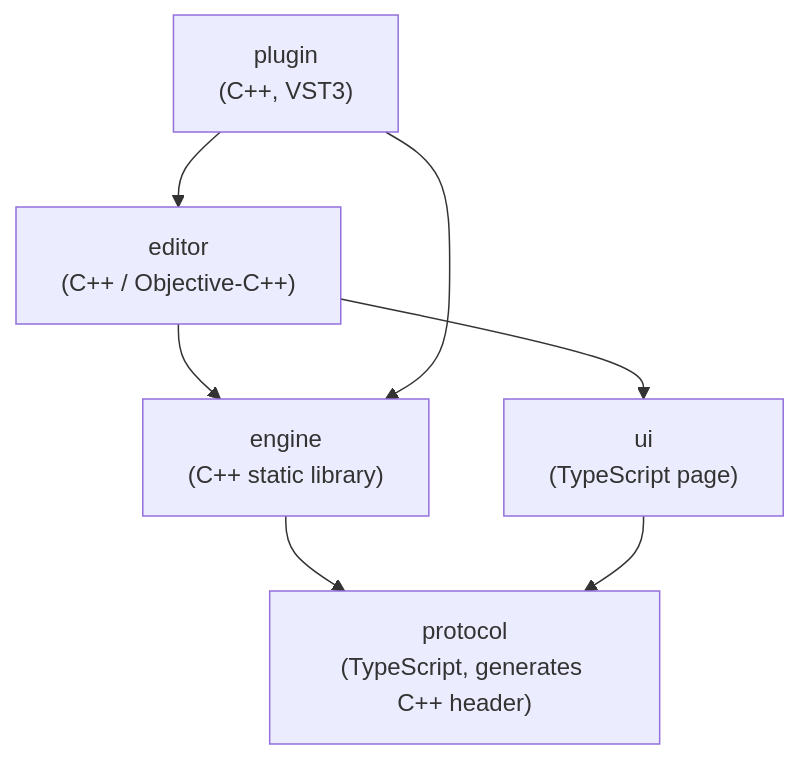
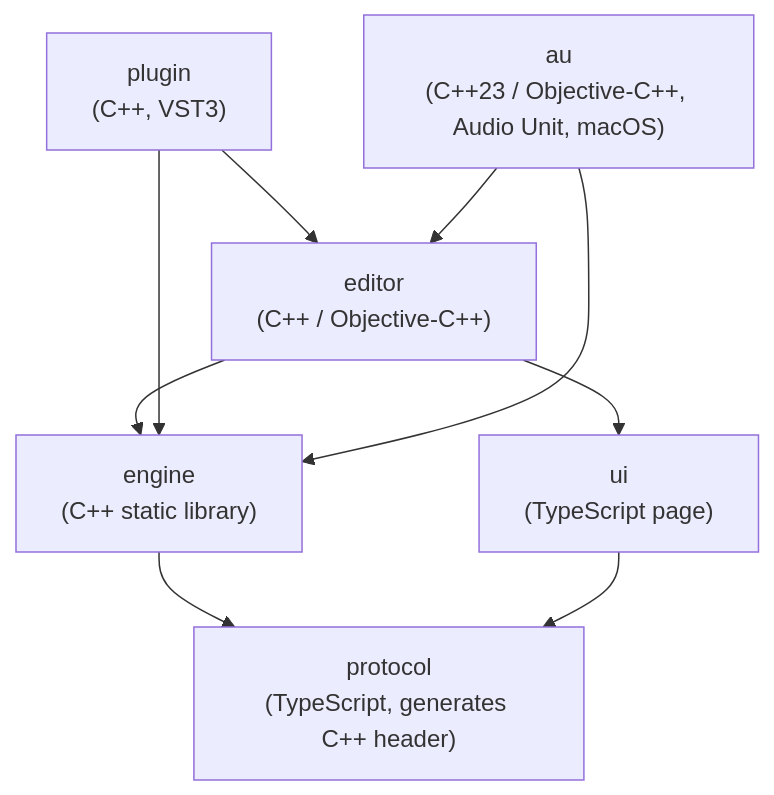
Before and after one commit to orizonaudio/Sineless: the second of 12 diagrams in docs/DESIGN.md, drawn with Mermaid. The commit also changed other lines of this file and 3 other files, not shown here.

First line of the commit message:
Document the Audio Unit

````diff
--- a/docs/DESIGN.md
+++ b/docs/DESIGN.md
@@ -350,15 +352,18 @@
 ```mermaid
 flowchart TB
   protocol["protocol<br/>(TypeScript, generates C++ header)"]
   engine["engine<br/>(C++ static library)"]
   ui["ui<br/>(TypeScript page)"]
   editor["editor<br/>(C++ / Objective-C++)"]
   plugin["plugin<br/>(C++, VST3)"]
+  au["au<br/>(C++23 / Objective-C++, Audio Unit, macOS)"]
 
   engine --> protocol
   ui --> protocol
   editor --> engine
   editor --> ui
   plugin --> editor
   plugin --> engine
+  au --> editor
+  au --> engine
 ```
````
